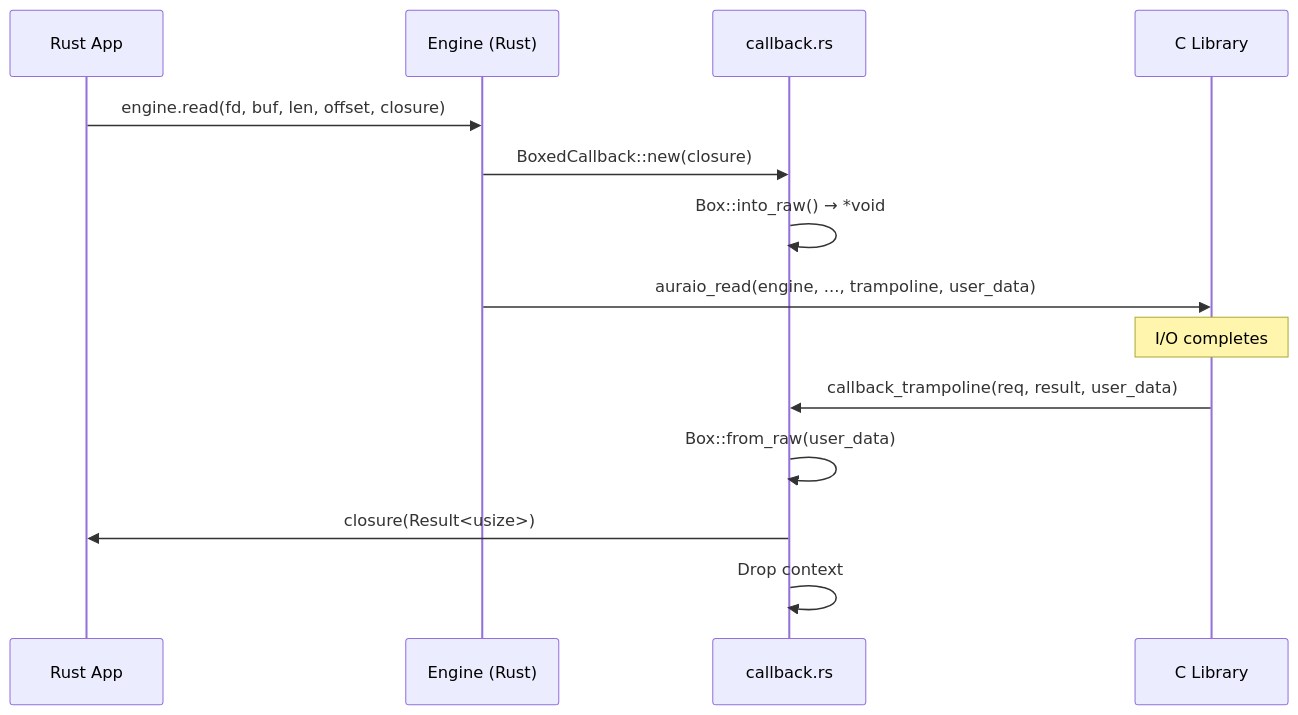
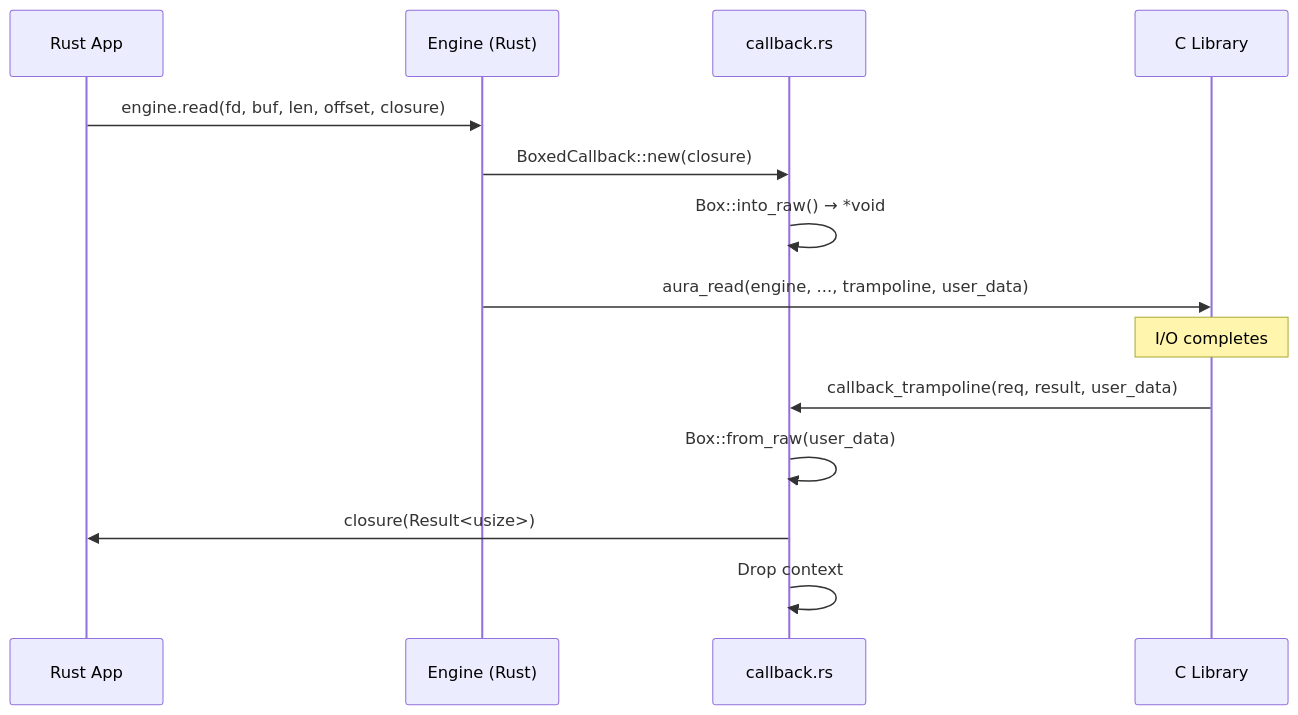
One commit to Par-B/AuraIO changed the third of 5 diagrams in docs/CODEBASE_MAP.md. Above: the diagram before and after it, drawn with Mermaid. The commit also changed other lines of this file and 156 other files, not shown here.

First line of the commit message:
rename: auraio_ → aura_ prefix across entire API

````diff
--- a/docs/CODEBASE_MAP.md
+++ b/docs/CODEBASE_MAP.md
@@ -825,19 +974,19 @@
 ```mermaid
 sequenceDiagram
     participant App as Rust App
     participant Eng as Engine (Rust)
     participant CB as callback.rs
     participant C as C Library
 
     App->>Eng: engine.read(fd, buf, len, offset, closure)
     Eng->>CB: BoxedCallback::new(closure)
     CB->>CB: Box::into_raw() → *void
-    Eng->>C: auraio_read(engine, ..., trampoline, user_data)
+    Eng->>C: aura_read(engine, ..., trampoline, user_data)
 
     Note over C: I/O completes
 
     C->>CB: callback_trampoline(req, result, user_data)
     CB->>CB: Box::from_raw(user_data)
     CB->>App: closure(Result<usize>)
     CB->>CB: Drop context
 ```
````
